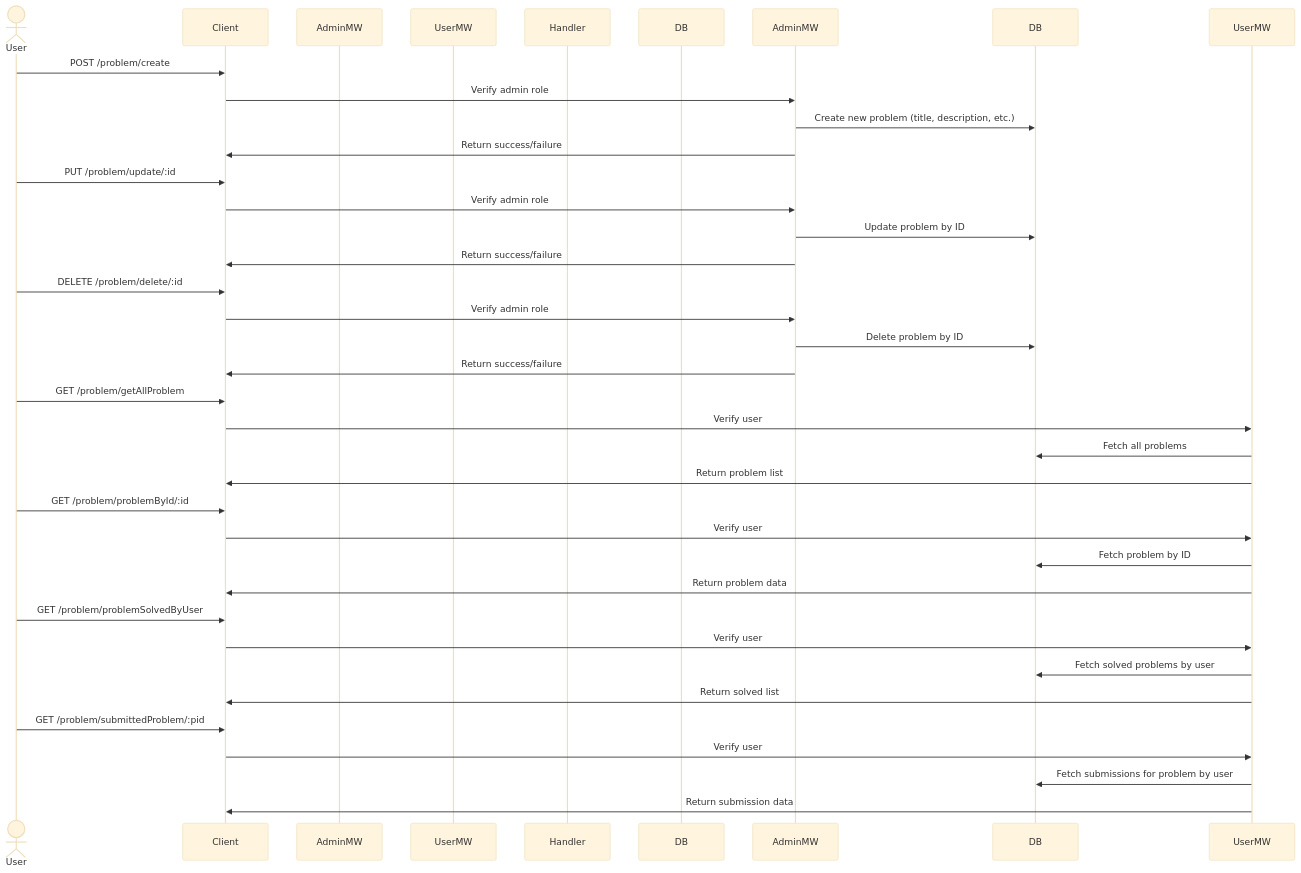
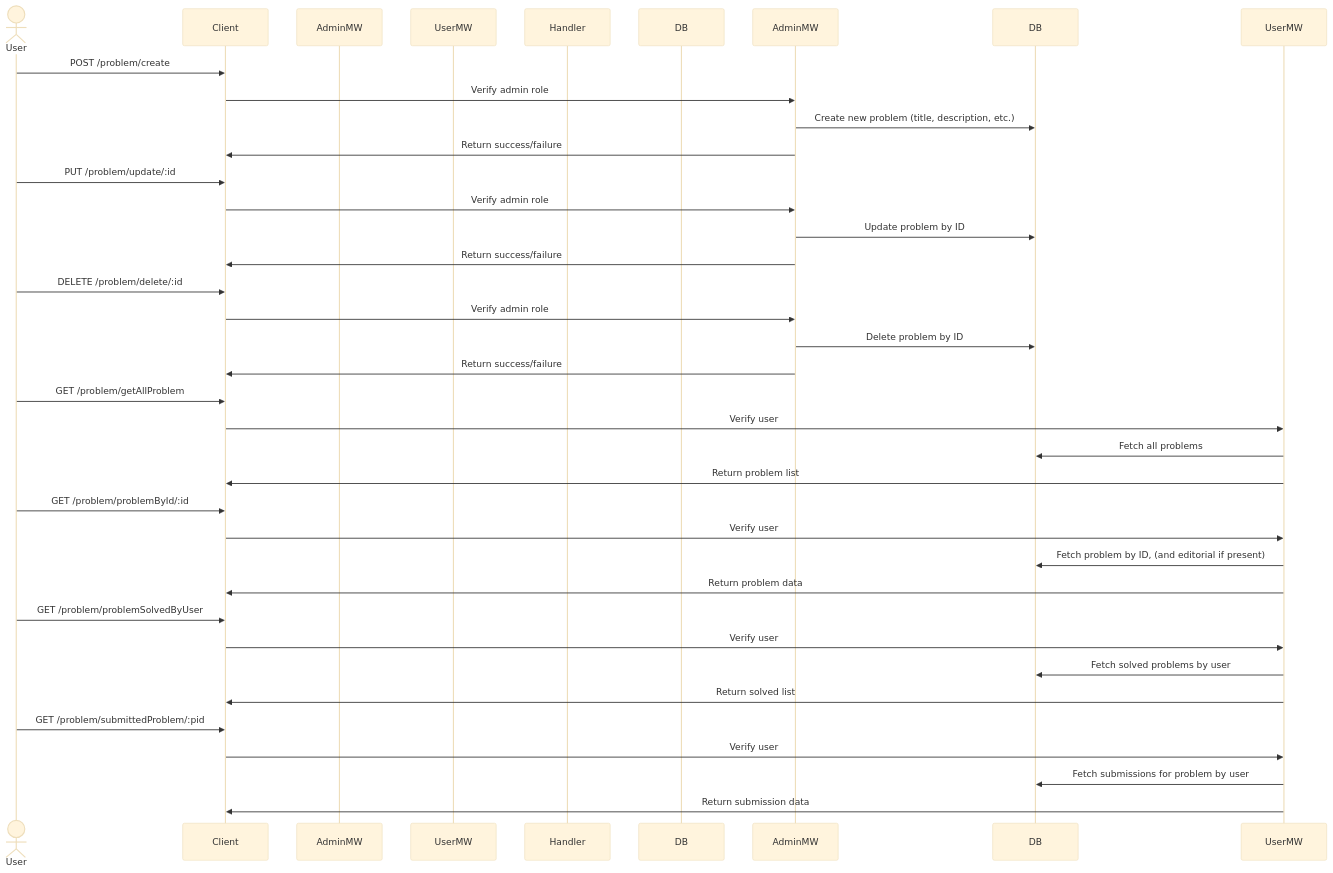
Before and after one commit to ashishasmit081/C0de-Front-Documentation: the second of 4 diagrams in README.md, drawn with Mermaid (base theme).

````diff
--- a/README.md
+++ b/README.md
@@ -325,44 +325,44 @@
 ```mermaid
 sequenceDiagram
     actor User
     participant Client
     participant isAdminMiddleware as AdminMW
     participant userMiddleware as UserMW
     participant Handler
     participant MongoDB as DB
 
     User ->> Client: POST /problem/create
     Client ->> AdminMW: Verify admin role
     AdminMW ->> DB: Create new problem (title, description, etc.)
     AdminMW ->> Client: Return success/failure
 
     User ->> Client: PUT /problem/update/:id
     Client ->> AdminMW: Verify admin role
     AdminMW ->> DB: Update problem by ID
     AdminMW ->> Client: Return success/failure
 
     User ->> Client: DELETE /problem/delete/:id
     Client ->> AdminMW: Verify admin role
     AdminMW ->> DB: Delete problem by ID
     AdminMW ->> Client: Return success/failure
 
     User ->> Client: GET /problem/getAllProblem
     Client ->> UserMW: Verify user
     UserMW ->> DB: Fetch all problems
     UserMW ->> Client: Return problem list
 
     User ->> Client: GET /problem/problemById/:id
     Client ->> UserMW: Verify user
-    UserMW ->> DB: Fetch problem by ID
+    UserMW ->> DB: Fetch problem by ID, (and editorial if present)
     UserMW ->> Client: Return problem data
 
     User ->> Client: GET /problem/problemSolvedByUser
     Client ->> UserMW: Verify user
     UserMW ->> DB: Fetch solved problems by user
     UserMW ->> Client: Return solved list
 
     User ->> Client: GET /problem/submittedProblem/:pid
     Client ->> UserMW: Verify user
     UserMW ->> DB: Fetch submissions for problem by user
     UserMW ->> Client: Return submission data
 ```
````
